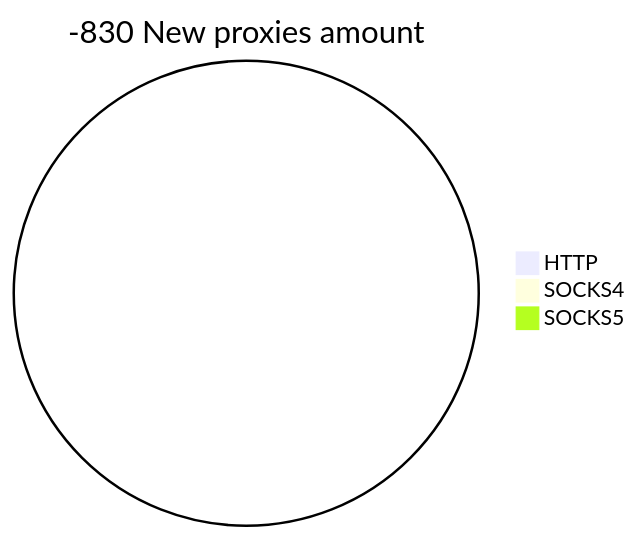
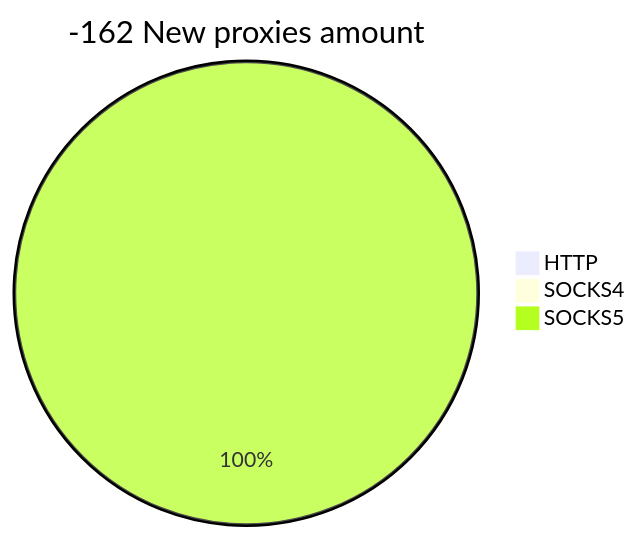
Before and after one commit to cutipu/proxylist: the second of 2 diagrams in README.md, drawn with Mermaid. The commit also changed other lines of this file, not shown here.

````diff
--- a/README.md
+++ b/README.md
@@ -10,6 +10,6 @@
 ```mermaid
-pie title -830 New proxies amount
+pie title -162 New proxies amount
     "HTTP" : 0
     "SOCKS4" : 0
-    "SOCKS5" : 0
+    "SOCKS5" : 9
 ```
````
